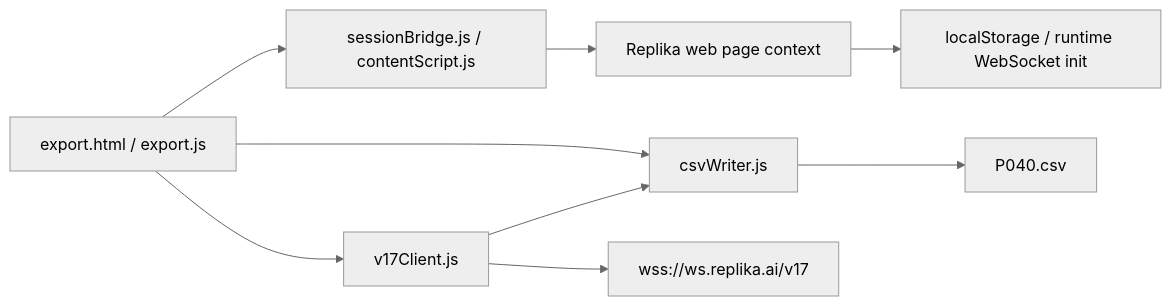
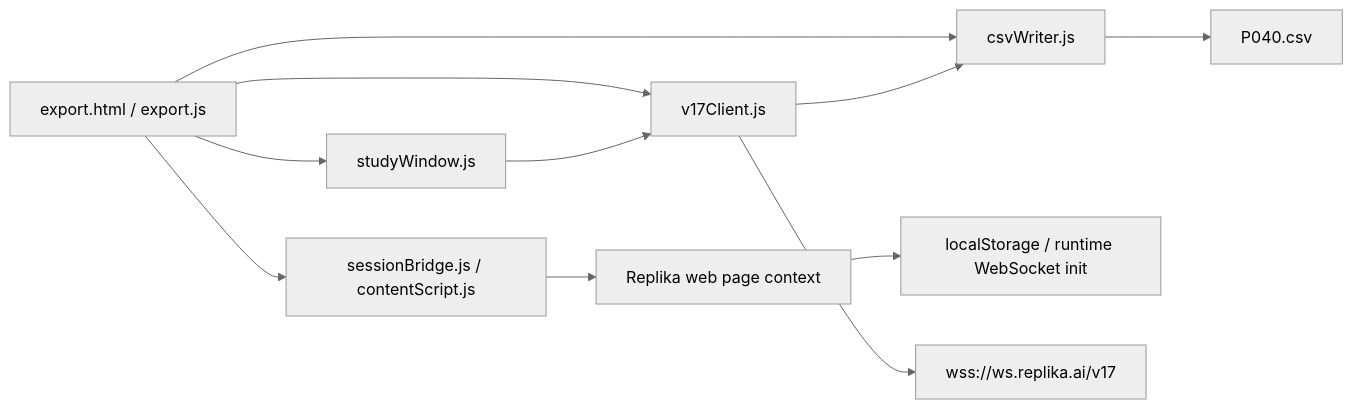
Before and after one commit to PengLin-Zilv/CompanionLink: the fourth of 7 diagrams in replika-online-export-visual-workflow.md, drawn with Mermaid (neutral theme). The commit also changed other lines of this file and 12 other files, not shown here.

````diff
--- a/replika-online-export-visual-workflow.md
+++ b/replika-online-export-visual-workflow.md
@@ -146,12 +152,14 @@
 ```mermaid
 flowchart LR
-    UI["export.html / export.js"] --> Session["sessionBridge.js / contentScript.js"]
+    UI["export.html / export.js"] --> Window["studyWindow.js"]
+    UI --> Session["sessionBridge.js / contentScript.js"]
     UI --> Client["v17Client.js"]
     UI --> Writer["csvWriter.js"]
 
     Session --> Page["Replika web page context"]
     Page --> Storage["localStorage / runtime WebSocket init"]
     Client --> WS["wss://ws.replika.ai/v17"]
+    Window --> Client
     Client --> Writer
     Writer --> File["P040.csv"]
 ```
````
